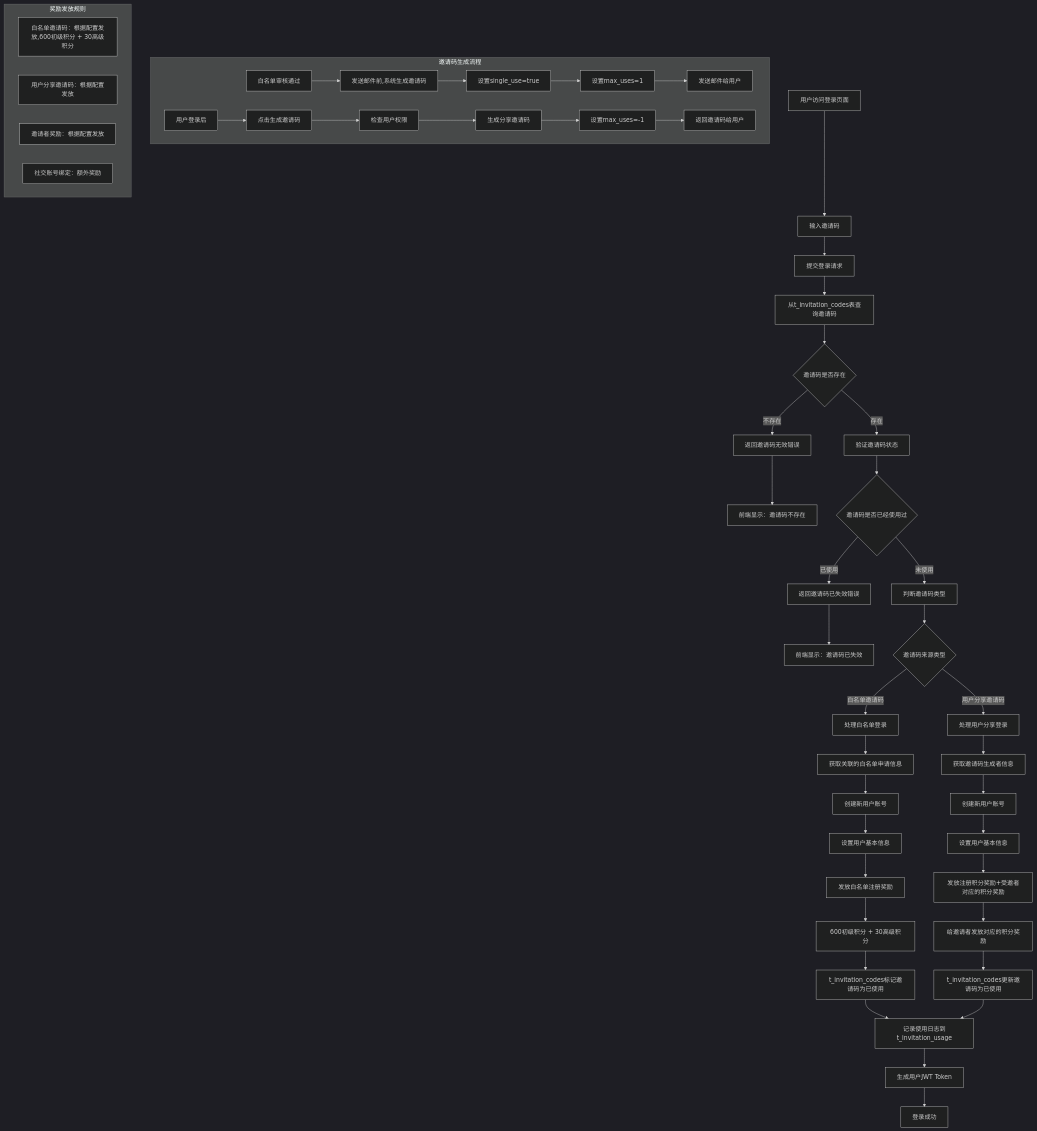
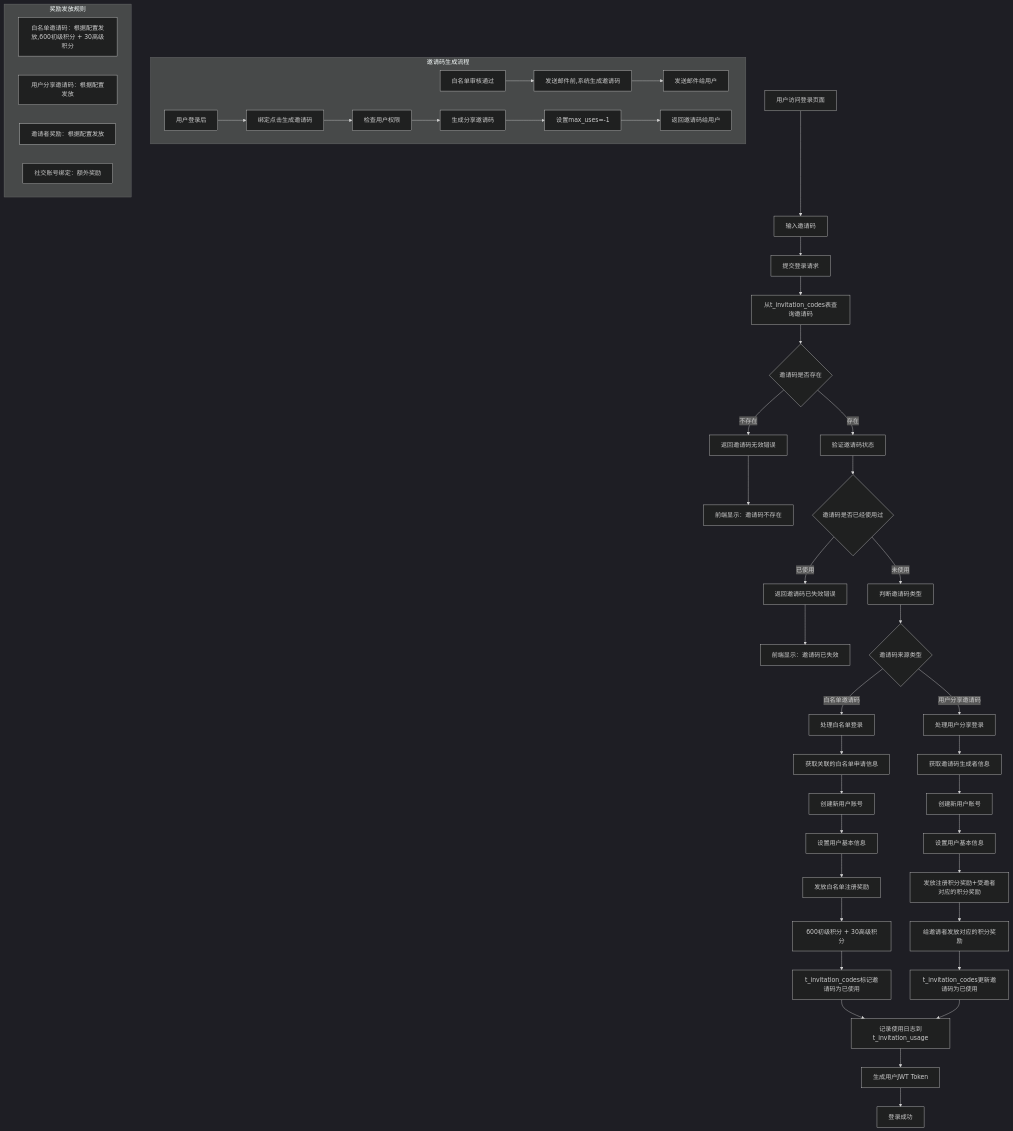
One commit to yingjianzh/iodraw-files changed the diagram in all/未命名-71.md. Above: the diagram before and after it, drawn with Mermaid (dark theme).

Commit message:
2025-07-03 14:09:29 update

````diff
--- a/all/未命名-71.md
+++ b/all/未命名-71.md
@@ -1,60 +1,58 @@
 ```mermaid
 flowchart TD
     A[用户访问登录页面] --> B[输入邀请码]
     B --> E[提交登录请求]
     E --> H[从t_invitation_codes表查询邀请码]
     H --> I{邀请码是否存在}
     I -->|不存在| J[返回邀请码无效错误]
     J --> K[前端显示：邀请码不存在]
     
     I -->|存在| L[验证邀请码状态]
     L --> M{邀请码是否已经使用过}
     M -->|已使用| N[返回邀请码已失效错误]
     N --> O[前端显示：邀请码已失效]
     
     M -->|未使用| X[判断邀请码类型]
     X --> Y{邀请码来源类型}
     
     Y -->|白名单邀请码| Z[处理白名单登录]
     Z --> Z1[获取关联的白名单申请信息]
     Z1 --> Z2[创建新用户账号]
     Z2 --> Z3[设置用户基本信息]
     Z3 --> Z4[发放白名单注册奖励]
     Z4 --> Z5[600初级积分 + 30高级积分]
     Z5 --> Z6[t_invitation_codes标记邀请码为已使用]
     Z6 --> AA[记录使用日志到t_invitation_usage]
     
     Y -->|用户分享邀请码| BB[处理用户分享登录]
     BB --> BB1[获取邀请码生成者信息]
     BB1 --> BB2[创建新用户账号]
     BB2 --> BB3[设置用户基本信息]
     BB3 --> BB4[发放注册积分奖励+受邀者对应的积分奖励]
     BB4 --> BB5[给邀请者发放对应的积分奖励]
     BB5 --> BB6[t_invitation_codes更新邀请码为已使用]
     BB6 --> AA
     
     AA --> CC[生成用户JWT Token]
     CC --> DD[登录成功]
     
 
     subgraph "邀请码生成流程"
         IG1[白名单审核通过] --> IG2[发送邮件前,系统生成邀请码]
-        IG2 --> IG3[设置single_use=true]
-        IG3 --> IG4[设置max_uses=1]
-        IG4 --> IG5[发送邮件给用户]
+        IG2 --> IG5[发送邮件给用户]
         
-        UG1[用户登录后] --> UG2[点击生成邀请码]
+        UG1[用户登录后] --> UG2[绑定点击生成邀请码]
         UG2 --> UG3[检查用户权限]
         UG3 --> UG4[生成分享邀请码]
         UG4 --> UG5[设置max_uses=-1]
         UG5 --> UG6[返回邀请码给用户]
     end
     
     subgraph "奖励发放规则"
         R1[白名单邀请码：根据配置发放,600初级积分 + 30高级积分]
         R2[用户分享邀请码：根据配置发放]
         R3[邀请者奖励：根据配置发放]
         R4[社交账号绑定：额外奖励]
     end
   
 ```
````
